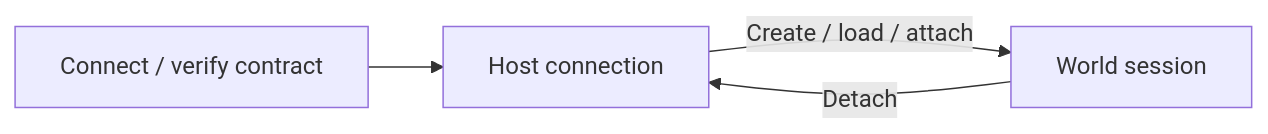
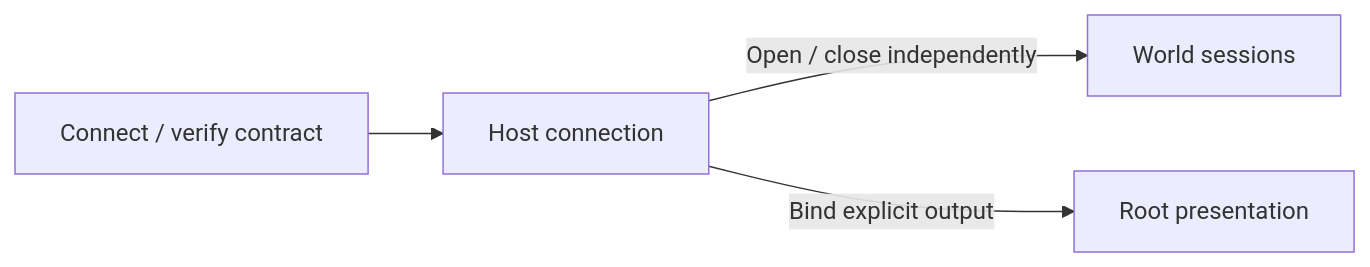
Before and after one commit to rubber-duck/ipp: the diagram in docs/architecture/protocol-and-schema.md, drawn with Mermaid. The commit also changed other lines of this file and 1098 other files, not shown here.

````diff
--- a/docs/architecture/protocol-and-schema.md
+++ b/docs/architecture/protocol-and-schema.md
@@ -13,6 +15,6 @@
 ```mermaid
 flowchart LR
-    connect["Connect / verify contract"] --> unattached["Host connection"]
-    unattached -->|"Create / load / attach"| session["World session"]
-    session -->|"Detach"| unattached
+    connect["Connect / verify contract"] --> host["Host connection"]
+    host -->|"Open / close independently"| sessions["World sessions"]
+    host -->|"Bind explicit output"| view["Root presentation"]
 ```
````
